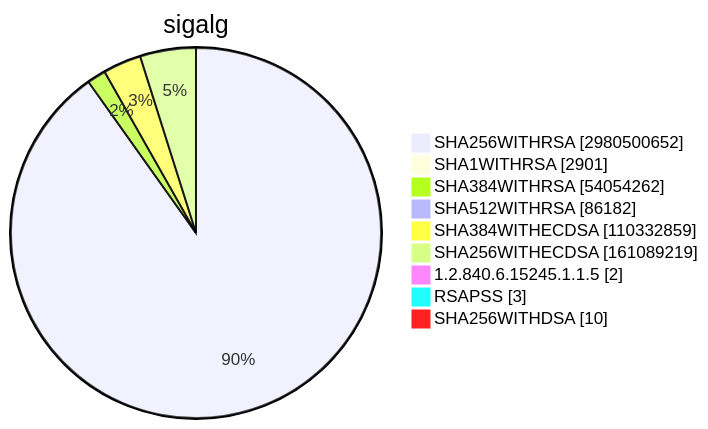
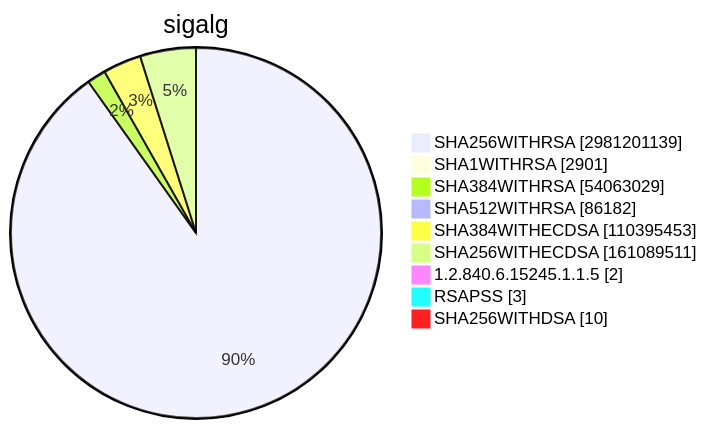
One commit to christiankrug/ctmonitor_visualization changed diagram 15 of 15 in TOTAL/README.md. Above: the diagram before and after it, drawn with Mermaid. The commit also changed other lines of this file, not shown here.

````diff
--- a/TOTAL/README.md
+++ b/TOTAL/README.md
@@ -6208,13 +6208,13 @@
 ```mermaid
 pie showData
 title sigalg
-"SHA256WITHRSA" :2980500652
+"SHA256WITHRSA" :2981201139
 "SHA1WITHRSA" :2901
-"SHA384WITHRSA" :54054262
+"SHA384WITHRSA" :54063029
 "SHA512WITHRSA" :86182
-"SHA384WITHECDSA" :110332859
-"SHA256WITHECDSA" :161089219
+"SHA384WITHECDSA" :110395453
+"SHA256WITHECDSA" :161089511
 "1.2.840.6.15245.1.1.5" :2
 "RSAPSS" :3
 "SHA256WITHDSA" :10
 ```
````
